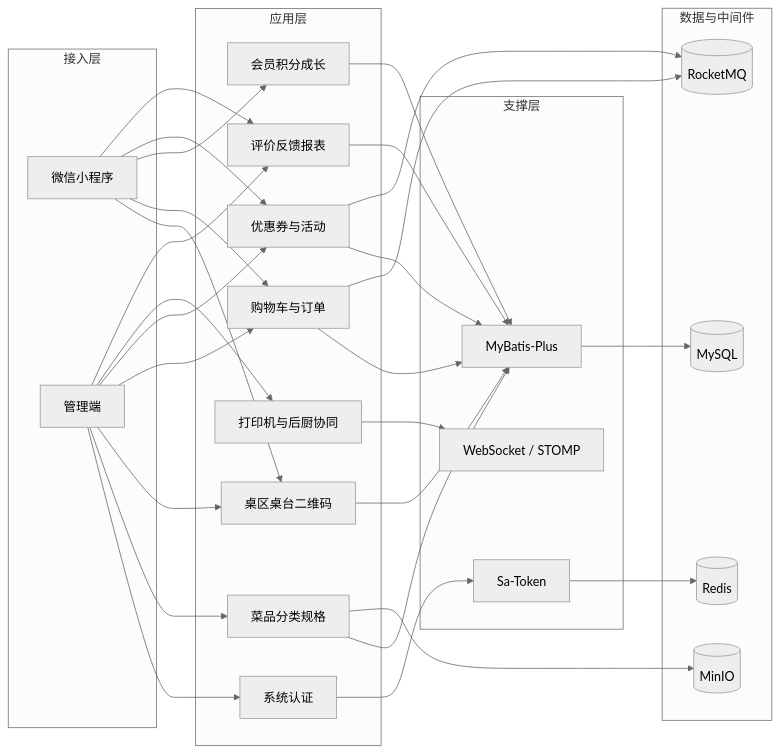
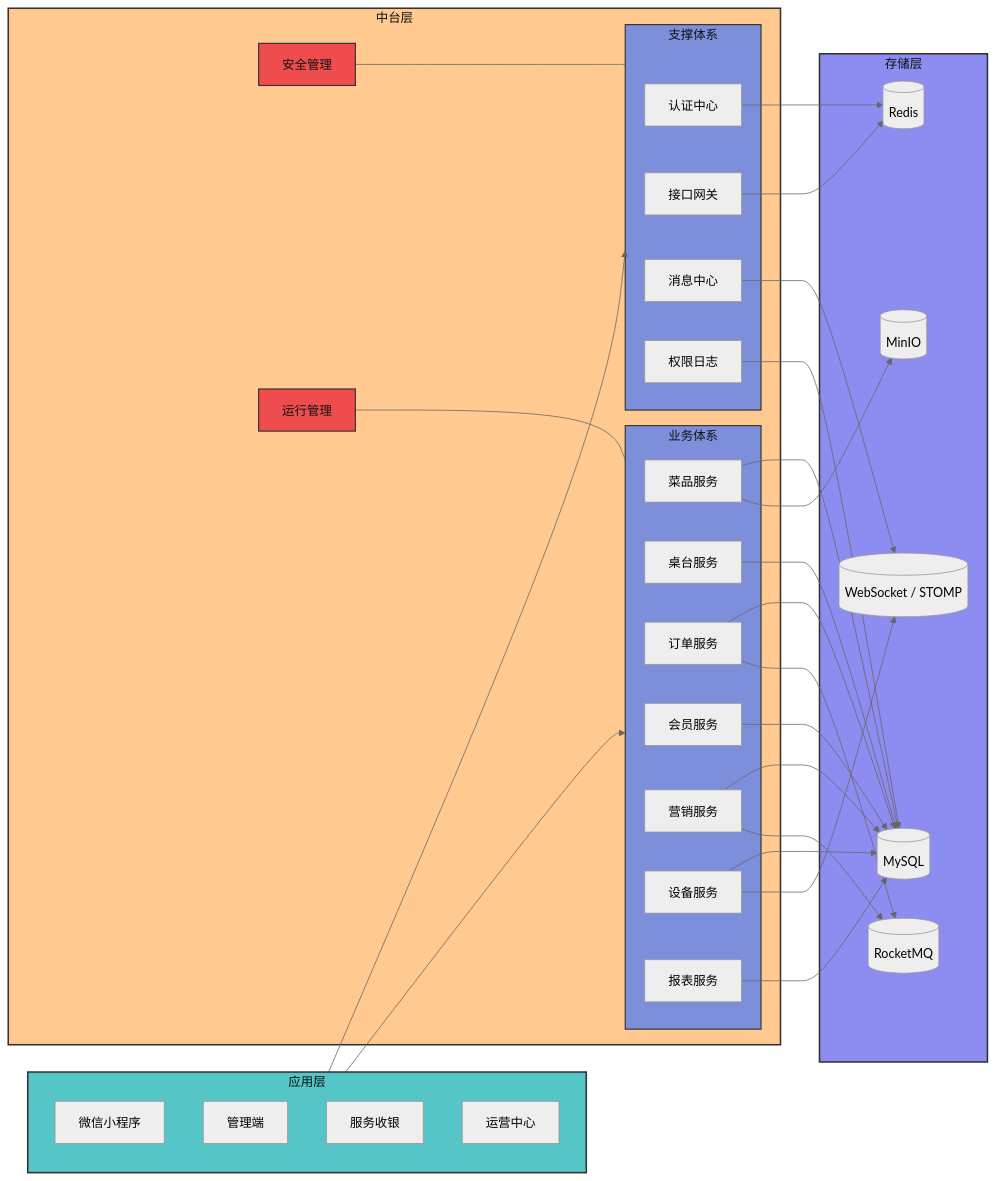
One commit to meisijiya/DIANCAN-SYSTEM changed the second of 3 diagrams in readme.md. Above: the diagram before and after it, drawn with Mermaid (neutral theme). The commit also changed other lines of this file and 11 other files, not shown here.

````diff
--- a/readme.md
+++ b/readme.md
@@ -277,59 +310,67 @@
 ```mermaid
 flowchart LR
-    subgraph Access[接入层]
+    subgraph Top[应用层]
         MINI[微信小程序]
         ADMIN[管理端]
+        CASHIER[服务收银]
+        MANAGE[运营中心]
     end
 
-    subgraph Service[应用层]
-        S1[系统认证]
-        S2[菜品分类规格]
-        S3[桌区桌台二维码]
-        S4[购物车与订单]
-        S5[会员积分成长]
-        S6[优惠券与活动]
-        S7[打印机与后厨协同]
-        S8[评价反馈报表]
+    subgraph Middle[中台层]
+        SAFE[安全管理]
+        RUNTIME[运行管理]
+
+        subgraph Support[支撑体系]
+            S1[认证中心]
+            S2[接口网关]
+            S3[消息中心]
+            S4[权限日志]
+        end
+
+        subgraph Biz[业务体系]
+            B1[菜品服务]
+            B2[桌台服务]
+            B3[订单服务]
+            B4[会员服务]
+            B5[营销服务]
+            B6[设备服务]
+            B7[报表服务]
+        end
     end
 
-    subgraph Support[支撑层]
-        WS[WebSocket / STOMP]
-        TOKEN[Sa-Token]
-        ORM[MyBatis-Plus]
-    end
-
-    subgraph Data[数据与中间件]
+    subgraph Bottom[存储层]
         DB[(MySQL)]
         CACHE[(Redis)]
         ROCKET[(RocketMQ)]
         OSS[(MinIO)]
+        PUSH[(WebSocket / STOMP)]
     end
 
-    ADMIN --> S1
-    ADMIN --> S2
-    ADMIN --> S3
-    ADMIN --> S4
-    ADMIN --> S6
-    ADMIN --> S7
-    ADMIN --> S8
-    MINI --> S3
-    MINI --> S4
-    MINI --> S5
-    MINI --> S6
-    MINI --> S8
+    Top --> Support
+    Top --> Biz
+    SAFE --- Support
+    RUNTIME --- Biz
+    S1 --> CACHE
+    S2 --> CACHE
+    S3 --> PUSH
+    S4 --> DB
+    B1 --> DB
+    B1 --> OSS
+    B2 --> DB
+    B3 --> DB
+    B3 --> ROCKET
+    B4 --> DB
+    B5 --> DB
+    B5 --> ROCKET
+    B6 --> DB
+    B6 --> PUSH
+    B7 --> DB
 
-    S1 --> TOKEN
-    S2 --> ORM
-    S3 --> ORM
-    S4 --> ORM
-    S5 --> ORM
-    S6 --> ORM
-    S7 --> WS
-    S8 --> ORM
-
-    TOKEN --> CACHE
-    ORM --> DB
-    S4 --> ROCKET
-    S6 --> ROCKET
-    S2 --> OSS
+    style Top fill:#55c5c7,stroke:#333,stroke-width:2px,color:#111
+    style Middle fill:#ffc98f,stroke:#333,stroke-width:2px,color:#111
+    style Bottom fill:#8d8cf0,stroke:#333,stroke-width:2px,color:#111
+    style Support fill:#7d8fda,stroke:#333,stroke-width:1.5px,color:#111
+    style Biz fill:#7d8fda,stroke:#333,stroke-width:1.5px,color:#111
+    style SAFE fill:#ef4d4d,stroke:#333,stroke-width:1.5px,color:#111
+    style RUNTIME fill:#ef4d4d,stroke:#333,stroke-width:1.5px,color:#111
 ```
````
